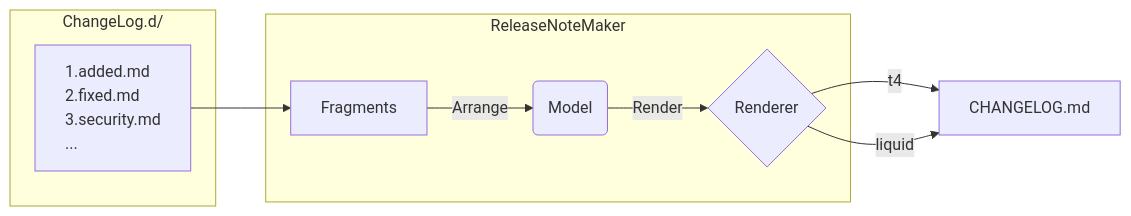
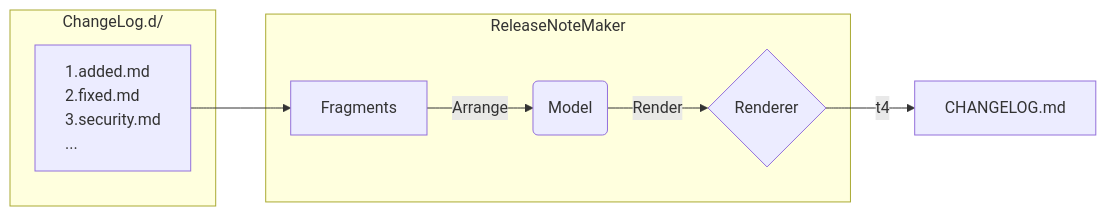
The diagram in docfx/docs/concept.md (netpyoung/NF.Tool.ReleaseNoteMaker), drawn with Mermaid before and after one commit. The commit also changed 3 other files, not shown here.

````diff
--- a/docfx/docs/concept.md
+++ b/docfx/docs/concept.md
@@ -5,27 +5,25 @@
 ``` mermaid
 flowchart LR
 
 subgraph "ChangeLog.d/"
     Files["`
         1.added.md
         2.fixed.md
         3.security.md
         ...
     `"]
 end
 
 subgraph ReleaseNoteMaker
     Files --> Fragments
     Fragments -->|Arrange| Model(Model)
     Model --> |Render| Renderer
 end
 
 Renderer -->|t4    | Output
-Renderer -->|liquid| Output
-
 
 Renderer{Renderer}
 Output[CHANGELOG.md]
 
 style Files text-align:left
 ```
````
